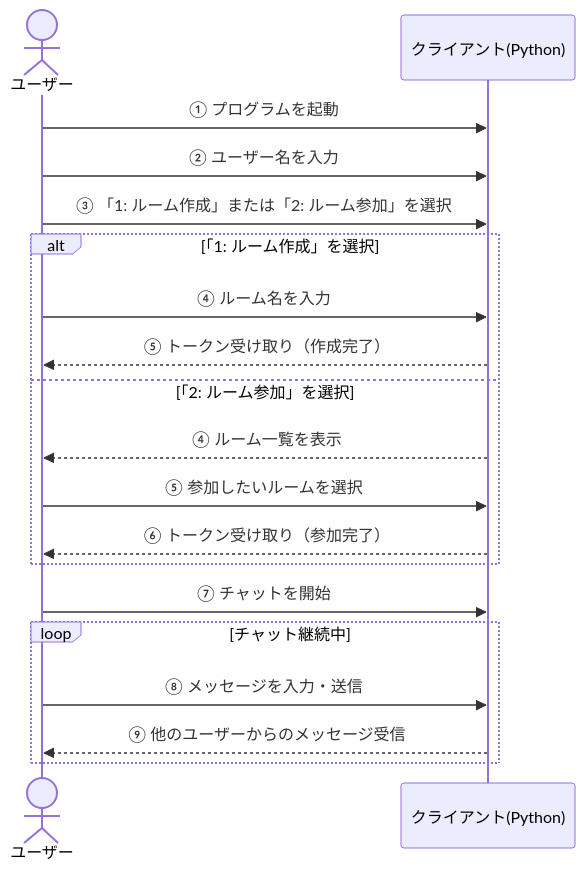
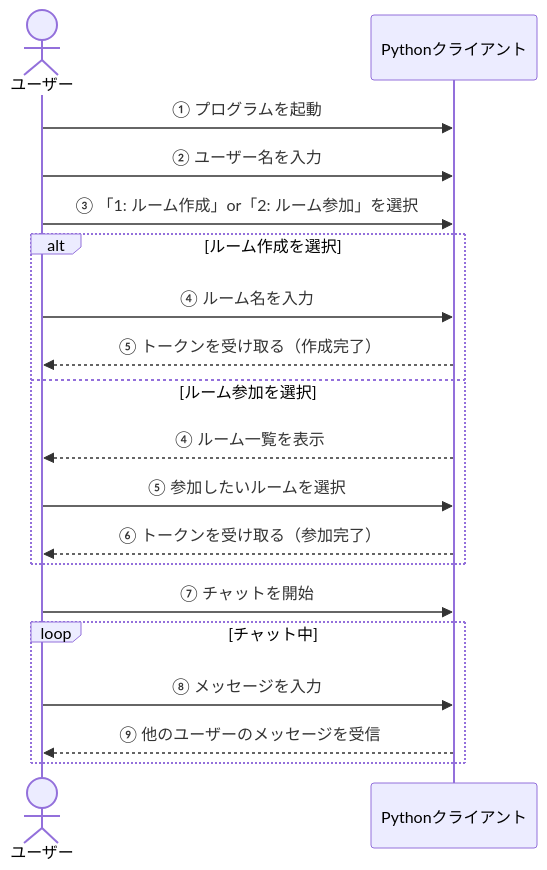
One commit to BackendExplorer/Tenshin changed the second of 2 diagrams in README.md. Above: the diagram before and after it, drawn with Mermaid.

````diff
--- a/README.md
+++ b/README.md
@@ -46,28 +46,28 @@
 ```mermaid
 sequenceDiagram
     actor ユーザー
-    participant クライアント as クライアント(Python)
+    participant クライアント as Pythonクライアント
 
-    %% プログラム起動と初期入力
+    %% --- 起動フェーズ ---
     ユーザー->>クライアント: ① プログラムを起動
     ユーザー->>クライアント: ② ユーザー名を入力
-    ユーザー->>クライアント: ③ 「1: ルーム作成」または「2: ルーム参加」を選択
+    ユーザー->>クライアント: ③ 「1: ルーム作成」or「2: ルーム参加」を選択
 
-    %% 条件分岐：ルーム作成 or ルーム参加
-    alt 「1: ルーム作成」を選択
+    %% --- ルーム選択フェーズ ---
+    alt ルーム作成を選択
         ユーザー->>クライアント: ④ ルーム名を入力
-        クライアント-->>ユーザー: ⑤ トークン受け取り（作成完了）
-    else 「2: ルーム参加」を選択
+        クライアント-->>ユーザー: ⑤ トークンを受け取る（作成完了）
+    else ルーム参加を選択
         クライアント-->>ユーザー: ④ ルーム一覧を表示
         ユーザー->>クライアント: ⑤ 参加したいルームを選択
-        クライアント-->>ユーザー: ⑥ トークン受け取り（参加完了）
+        クライアント-->>ユーザー: ⑥ トークンを受け取る（参加完了）
     end
 
-    %% チャット開始
+    %% --- チャットフェーズ ---
     ユーザー->>クライアント: ⑦ チャットを開始
 
-    loop チャット継続中
-        ユーザー->>クライアント: ⑧ メッセージを入力・送信
-        クライアント-->>ユーザー: ⑨ 他のユーザーからのメッセージ受信
+    loop チャット中
+        ユーザー->>クライアント: ⑧ メッセージを入力
+        クライアント-->>ユーザー: ⑨ 他のユーザーのメッセージを受信
     end
 ```
````
